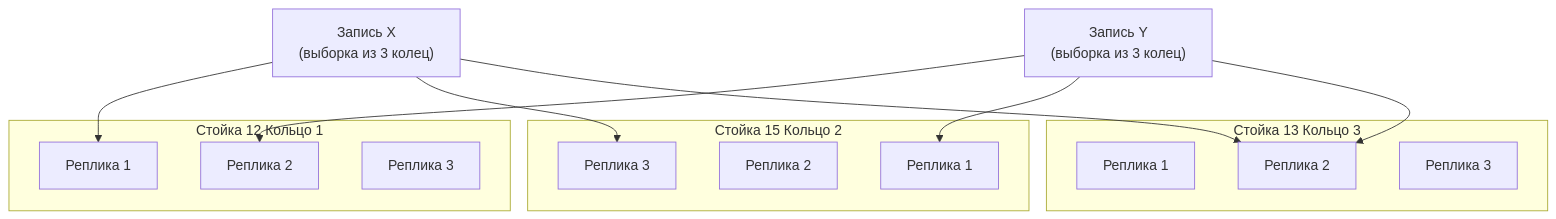
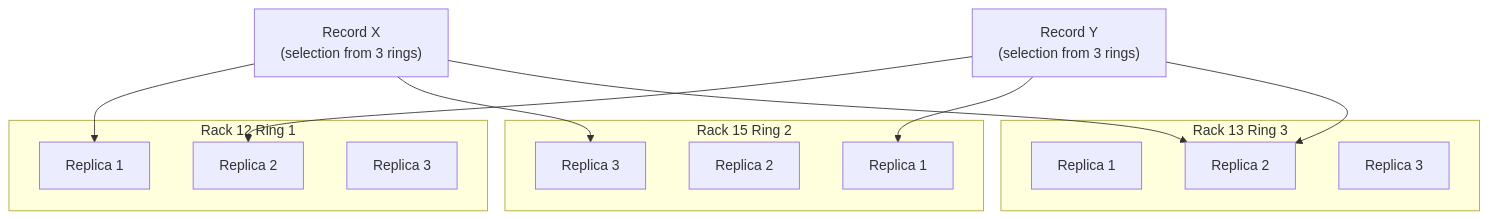
One commit to ydb-platform/ydb changed the second of 4 diagrams in ydb/docs/en/core/contributor/metadata-distribution.md. Above: the diagram before and after it, drawn with Mermaid. The commit also changed other lines of this file and 1 other file, not shown here.

First line of the commit message:
Add glossary metadata-services links; translate mermaid diagrams to EN.

````diff
--- a/ydb/docs/en/core/contributor/metadata-distribution.md
+++ b/ydb/docs/en/core/contributor/metadata-distribution.md
@@ -162,26 +162,26 @@
 ```mermaid
 graph TD
-    subgraph "Стойка 12 Кольцо 1"
-        R1A["Реплика 1"]
-        R1B["Реплика 2"]
-        R1C["Реплика 3"]
+    subgraph "Rack 12 Ring 1"
+        R1A["Replica 1"]
+        R1B["Replica 2"]
+        R1C["Replica 3"]
     end
-    subgraph "Стойка 15 Кольцо 2"
-        R2A["Реплика 1"]
-        R2B["Реплика 2"]
-        R2C["Реплика 3"]
+    subgraph "Rack 15 Ring 2"
+        R2A["Replica 1"]
+        R2B["Replica 2"]
+        R2C["Replica 3"]
     end
-    subgraph "Стойка 13 Кольцо 3"
-        R3A["Реплика 1"]
-        R3B["Реплика 2"]
-        R3C["Реплика 3"]
+    subgraph "Rack 13 Ring 3"
+        R3A["Replica 1"]
+        R3B["Replica 2"]
+        R3C["Replica 3"]
     end
-    Record1["Запись X\n(выборка из 3 колец)"]
-    Record2["Запись Y\n(выборка из 3 колец)"]
+    Record1["Record X\n(selection from 3 rings)"]
+    Record2["Record Y\n(selection from 3 rings)"]
     Record1 --> R1A
     Record1 --> R2C
     Record1 --> R3B
     Record2 --> R1B
     Record2 --> R2A
     Record2 --> R3B
 ```
````
